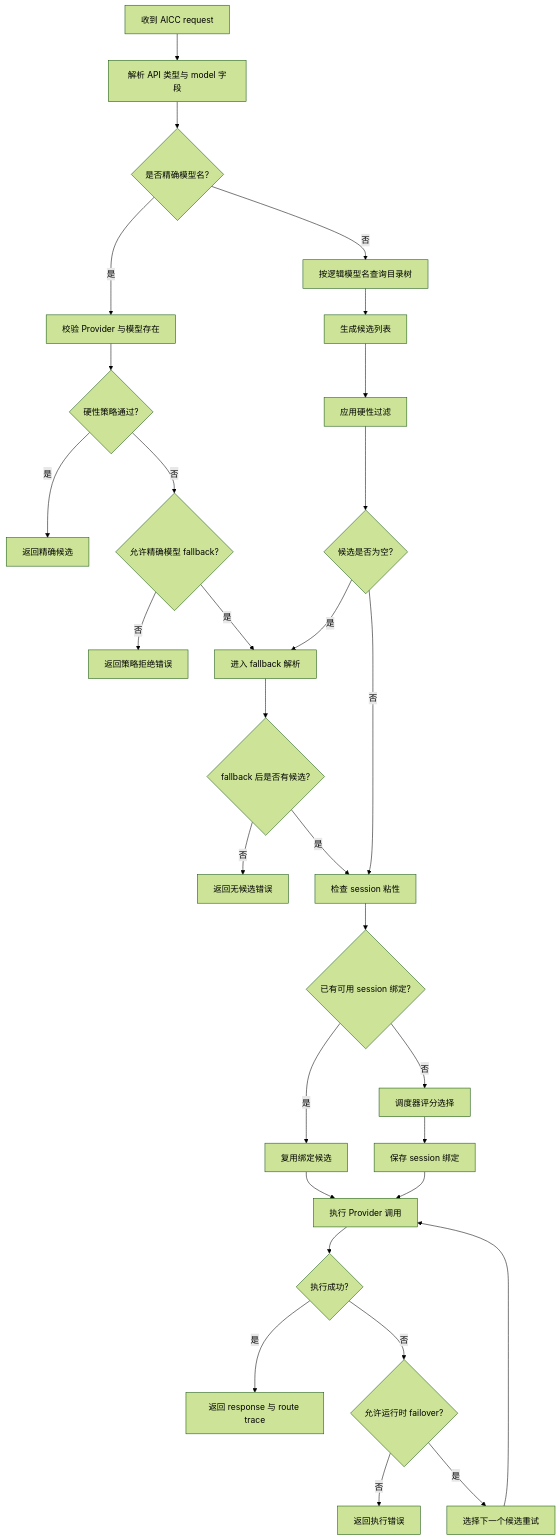
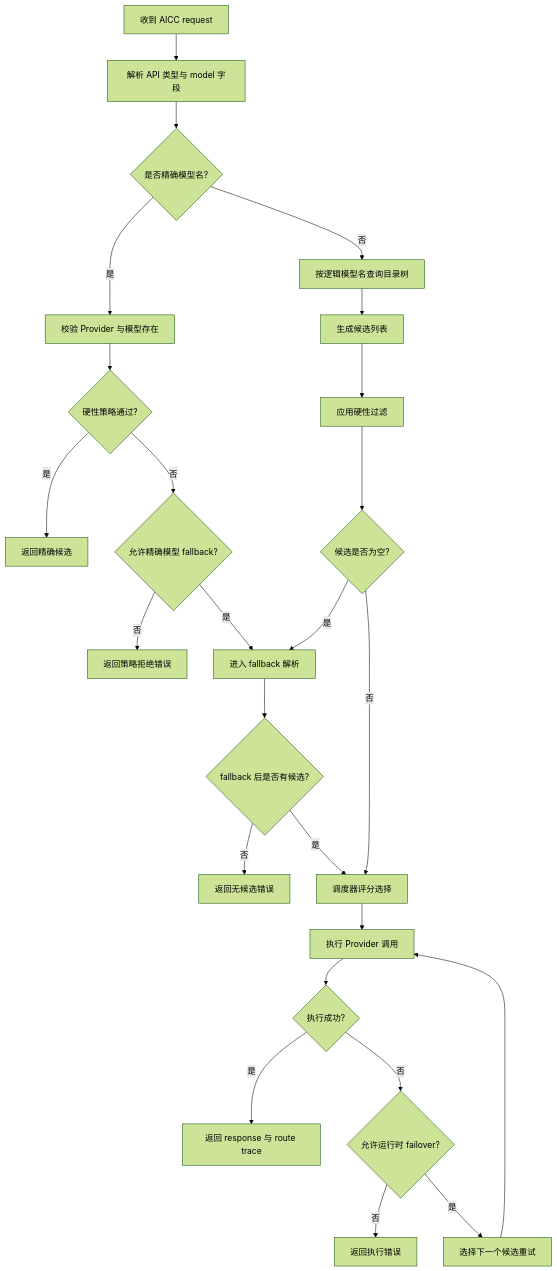
Before and after one commit to wugren/buckyos: the second of 2 diagrams in doc/aicc/aicc_router.md, drawn with Mermaid (forest theme). The commit also changed other lines of this file and 15 other files, not shown here.

````diff
--- a/doc/aicc/aicc_router.md
+++ b/doc/aicc/aicc_router.md
@@ -490,32 +488,27 @@
 ```mermaid
 flowchart TD
     A[收到 AICC request] --> B[解析 API 类型与 model 字段]
     B --> C{是否精确模型名?}
     C -- 是 --> D[校验 Provider 与模型存在]
     D --> E{硬性策略通过?}
     E -- 是 --> F[返回精确候选]
     E -- 否 --> G{允许精确模型 fallback?}
     G -- 否 --> ERR1[返回策略拒绝错误]
     G -- 是 --> H[进入 fallback 解析]
     C -- 否 --> I[按逻辑模型名查询目录树]
     I --> J[生成候选列表]
     J --> K[应用硬性过滤]
     K --> L{候选是否为空?}
     L -- 是 --> H[进入 fallback 解析]
-    L -- 否 --> M[检查 session 粘性]
+    L -- 否 --> Q[调度器评分选择]
     H --> N{fallback 后是否有候选?}
     N -- 否 --> ERR2[返回无候选错误]
-    N -- 是 --> M
-    M --> O{已有可用 session 绑定?}
-    O -- 是 --> P[复用绑定候选]
-    O -- 否 --> Q[调度器评分选择]
-    Q --> R[保存 session 绑定]
-    P --> S[执行 Provider 调用]
-    R --> S
+    N -- 是 --> Q
+    Q --> S[执行 Provider 调用]
     S --> T{执行成功?}
     T -- 是 --> U[返回 response 与 route trace]
     T -- 否 --> V{允许运行时 failover?}
     V -- 否 --> ERR3[返回执行错误]
     V -- 是 --> W[选择下一个候选重试]
     W --> S
 ```
````
